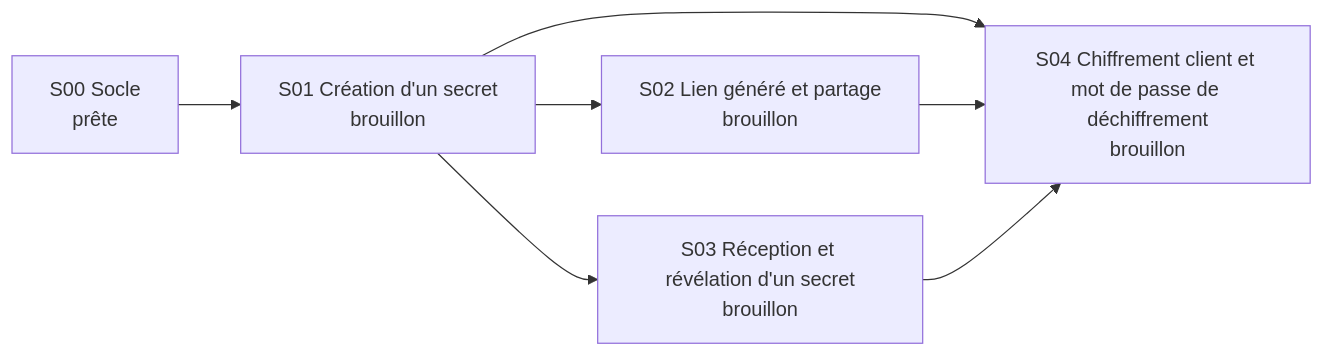
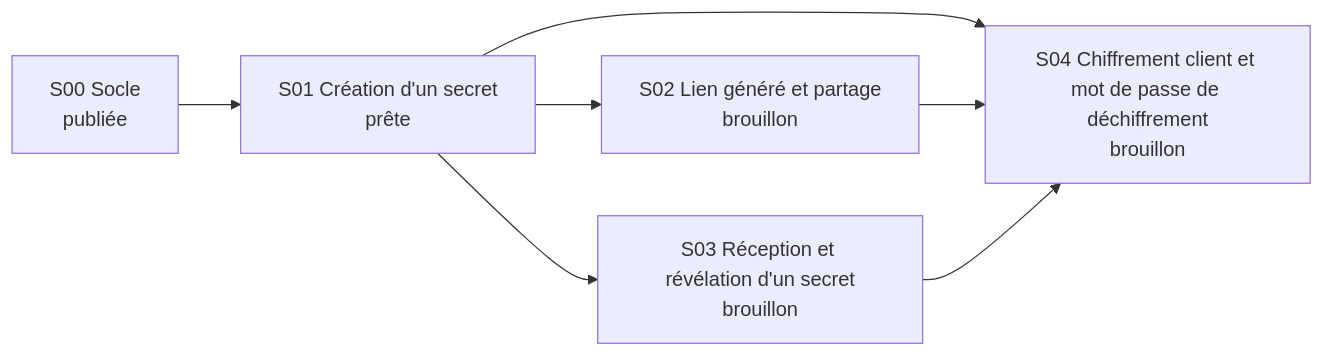
The diagram in specs/_index.md (lgrdev/eloneva-secret), drawn with Mermaid before and after one commit. The commit also changed other lines of this file and 2 other files, not shown here.

Commit message:
docs: S01 review ready

````diff
--- a/specs/_index.md
+++ b/specs/_index.md
@@ -23,14 +23,14 @@
 ```mermaid
 flowchart LR
-  S00["S00 Socle<br/>prête"]
-  S01["S01 Création d'un secret<br/>brouillon"]
+  S00["S00 Socle<br/>publiée"]
+  S01["S01 Création d'un secret<br/>prête"]
   S02["S02 Lien généré et partage<br/>brouillon"]
   S03["S03 Réception et révélation d'un secret<br/>brouillon"]
   S04["S04 Chiffrement client et mot de passe de déchiffrement<br/>brouillon"]
   S00 --> S01
   S01 --> S02
   S01 --> S03
   S01 --> S04
   S02 --> S04
   S03 --> S04
 ```
````
